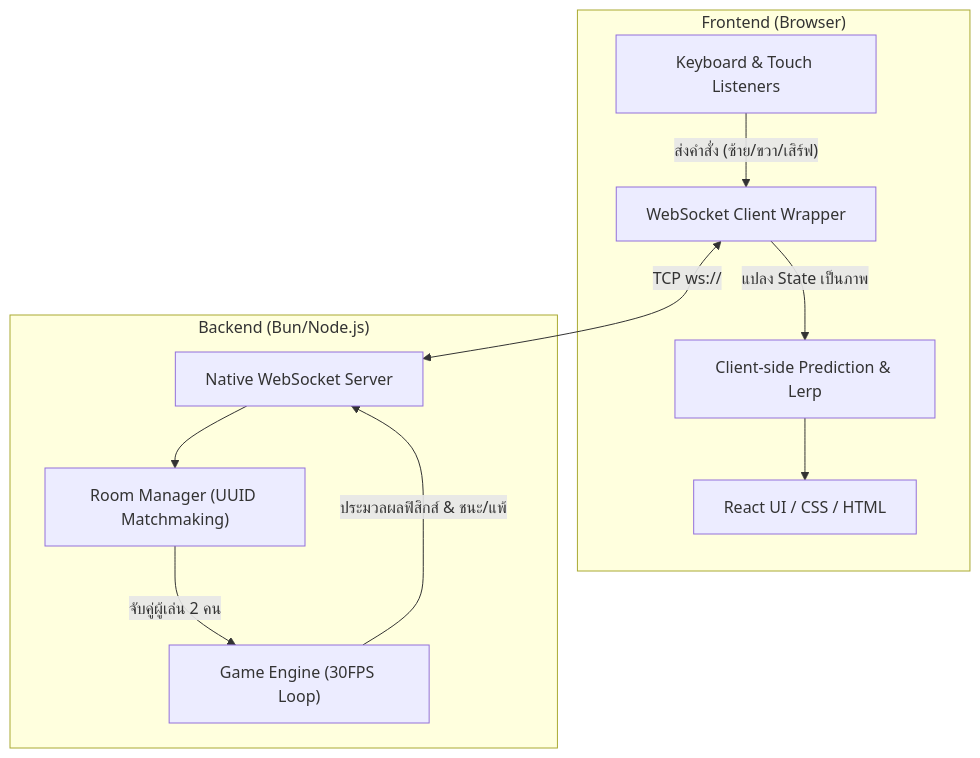
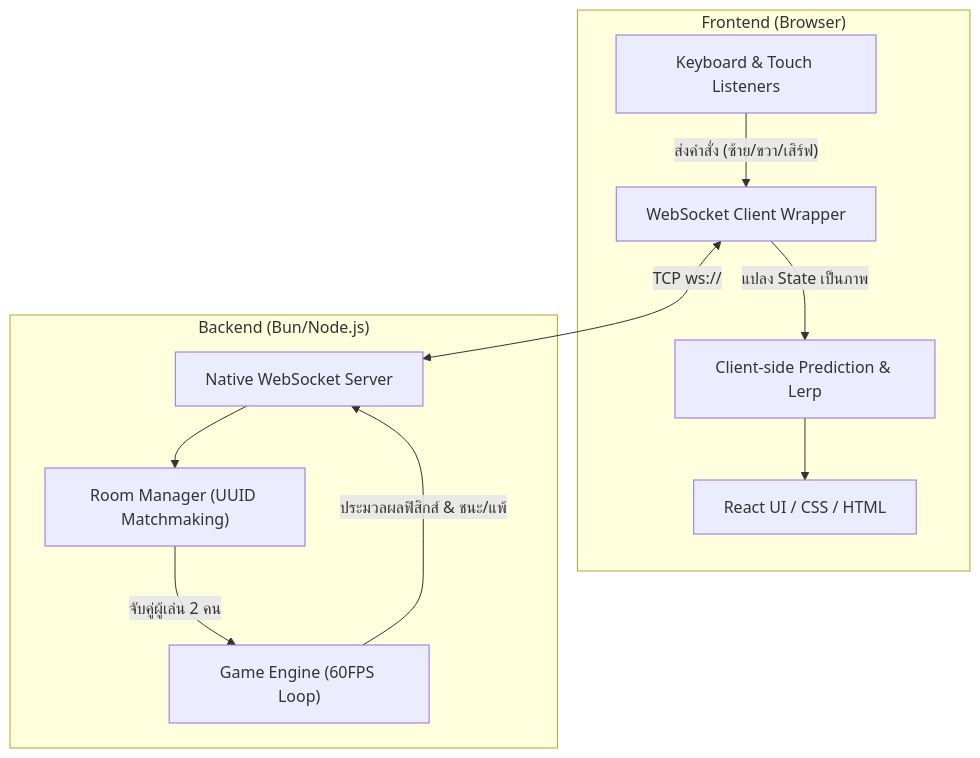
The first of 2 diagrams in docs/tech_architecture.md (themiddnight/pong-online), drawn with Mermaid before and after one commit. The commit also changed other lines of this file and 5 other files, not shown here.

````diff
--- a/docs/tech_architecture.md
+++ b/docs/tech_architecture.md
@@ -17,23 +17,23 @@
 ```mermaid
 graph TD
     subgraph Client ["Frontend (Browser)"]
         UI["React UI / CSS / HTML"]
         Input["Keyboard & Touch Listeners"]
         WS_Client["WebSocket Client Wrapper"]
         Predict["Client-side Prediction & Lerp"]
     end
 
     subgraph Server ["Backend (Bun/Node.js)"]
         WS_Server["Native WebSocket Server"]
         RoomMgr["Room Manager (UUID Matchmaking)"]
-        Engine["Game Engine (30FPS Loop)"]
+        Engine["Game Engine (60FPS Loop)"]
     end
 
     Input -->|"ส่งคำสั่ง (ซ้าย/ขวา/เสิร์ฟ)"| WS_Client
     WS_Client <-->|TCP ws://| WS_Server
     WS_Server --> RoomMgr
     RoomMgr -->|"จับคู่ผู้เล่น 2 คน"| Engine
     Engine -->|"ประมวลผลฟิสิกส์ & ชนะ/แพ้"| WS_Server
     WS_Client -->|"แปลง State เป็นภาพ"| Predict
     Predict --> UI
 ```
````
